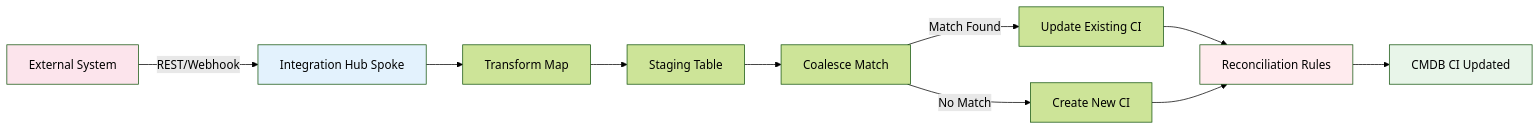
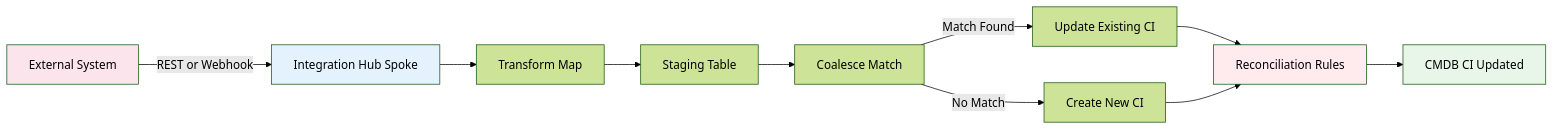
Diagram 11 of 22 in docs/modules/cmdb/cmdb-guide.md (eltonaguiar/ServiceNow_Learning_TSOM-_CSM_FSM_SalesCRM_HAM_ITSM), drawn with Mermaid (forest theme) before and after one commit. The commit also changed other lines of this file and 19 other files, not shown here.

First line of the commit message:
Fix Mermaid diagram syntax errors - replace problematic chars in text content only

````diff
--- a/docs/modules/cmdb/cmdb-guide.md
+++ b/docs/modules/cmdb/cmdb-guide.md
@@ -1036,18 +1036,18 @@
 ```mermaid
 flowchart LR
-    A[External System] -->|REST/Webhook| B[Integration Hub Spoke]
+    A[External System] -->|REST or Webhook| B[Integration Hub Spoke]
     B --> C[Transform Map]
     C --> D[Staging Table]
     D --> E[Coalesce Match]
     E -->|Match Found| F[Update Existing CI]
     E -->|No Match| G[Create New CI]
     F --> H[Reconciliation Rules]
     G --> H
     H --> I[CMDB CI Updated]
     
     style A fill:#fce4ec,color:#000
     style B fill:#e3f2fd,color:#000
     style H fill:#ffebee,color:#000
     style I fill:#e8f5e9,color:#000
 
 ```
````
